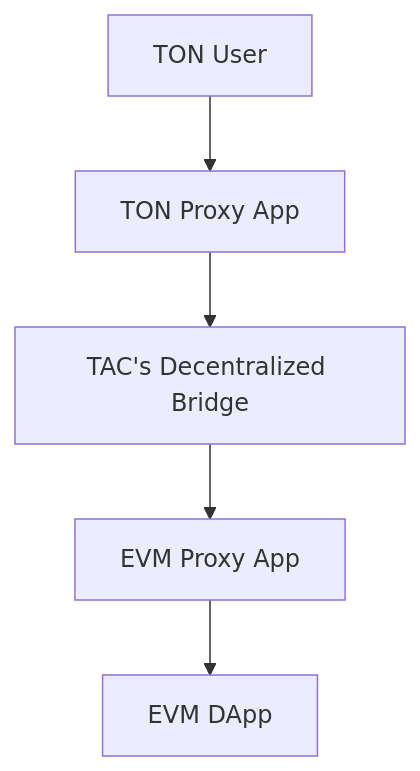
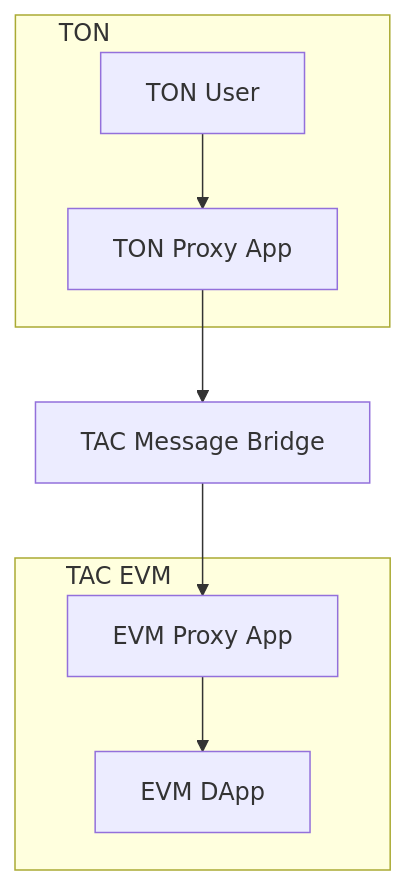
One commit to suhailkakar/tac-docs changed the first of 2 diagrams in get-started/architecture.mdx. Above: the diagram before and after it, drawn with Mermaid. The commit also changed other lines of this file and 11 other files, not shown here.

````diff
--- a/get-started/architecture.mdx
+++ b/get-started/architecture.mdx
@@ -16,7 +16,11 @@
 ```mermaid
 flowchart TB
-   User[TON User] --> TONProxy[TON Proxy App]
-   TONProxy --> DecentralizedBridge[TAC's Decentralized Bridge]
+   subgraph TON&nbsp&nbsp&nbsp&nbsp&nbsp&nbsp&nbsp&nbsp&nbsp&nbsp&nbsp&nbsp&nbsp&nbsp&nbsp&nbsp&nbsp&nbsp&nbsp&nbsp&nbsp&nbsp&nbsp&nbsp&nbsp&nbsp&nbsp&nbsp&nbsp&nbsp&nbsp
+    User[TON User] --> TONProxy[TON Proxy App]
+   end
+   TONProxy --> DecentralizedBridge[TAC Message Bridge]
    DecentralizedBridge --> EVMProxy[EVM Proxy App]
-   EVMProxy --> DApp[EVM DApp]
+   subgraph TAC EVM&nbsp&nbsp&nbsp&nbsp&nbsp&nbsp&nbsp&nbsp&nbsp&nbsp&nbsp&nbsp&nbsp&nbsp&nbsp&nbsp&nbsp&nbsp&nbsp&nbsp&nbsp&nbsp
+    EVMProxy --> DApp[EVM DApp]
+   end
 ```
````
